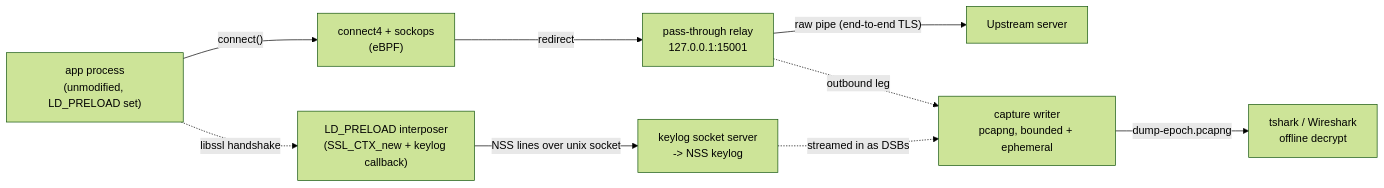
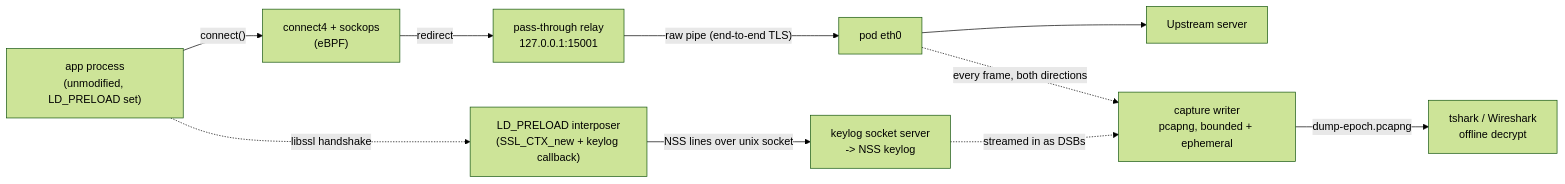
One commit to mesbrj/GO-eBPF-Proxy changed the first of 2 diagrams in README.md. Above: the diagram before and after it, drawn with Mermaid (forest theme). The commit also changed other lines of this file, not shown here.

First line of the commit message:
docs(readme): describe the current scope and what capture records

````diff
--- a/README.md
+++ b/README.md
@@ -56,11 +59,12 @@
 ```mermaid
 flowchart LR
     app["app process<br/>(unmodified, LD_PRELOAD set)"] -- "connect()" --> kern["connect4 + sockops<br/>(eBPF)"]
     kern -- "redirect" --> relay["pass-through relay<br/>127.0.0.1:15001"]
-    relay -- "raw pipe (end-to-end TLS)" --> upstream["Upstream server"]
-    relay -. "outbound leg" .-> capture["capture writer<br/>pcapng, bounded + ephemeral"]
+    relay -- "raw pipe (end-to-end TLS)" --> eth0["pod eth0"]
+    eth0 --> upstream["Upstream server"]
+    eth0 -. "every frame, both directions" .-> capture["capture writer<br/>pcapng, bounded + ephemeral"]
     app -. "libssl handshake" .-> interposer["LD_PRELOAD interposer<br/>(SSL_CTX_new + keylog callback)"]
     interposer -- "NSS lines over unix socket" --> keylog["keylog socket server<br/>-> NSS keylog"]
     keylog -. "streamed in as DSBs" .-> capture
     capture -- "dump-epoch.pcapng" --> tshark["tshark / Wireshark<br/>offline decrypt"]
 ```
````
